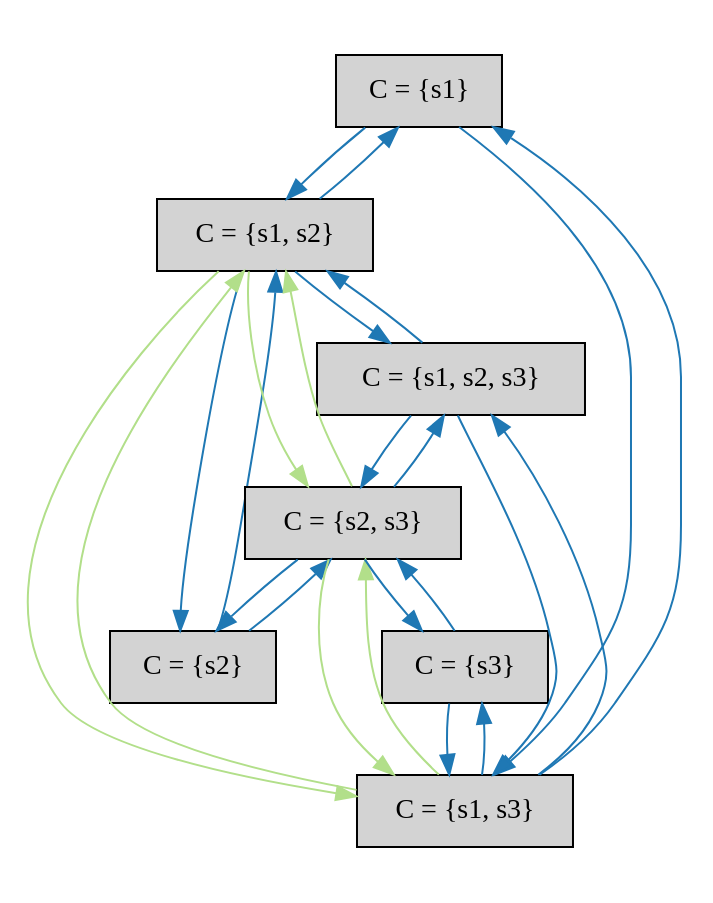
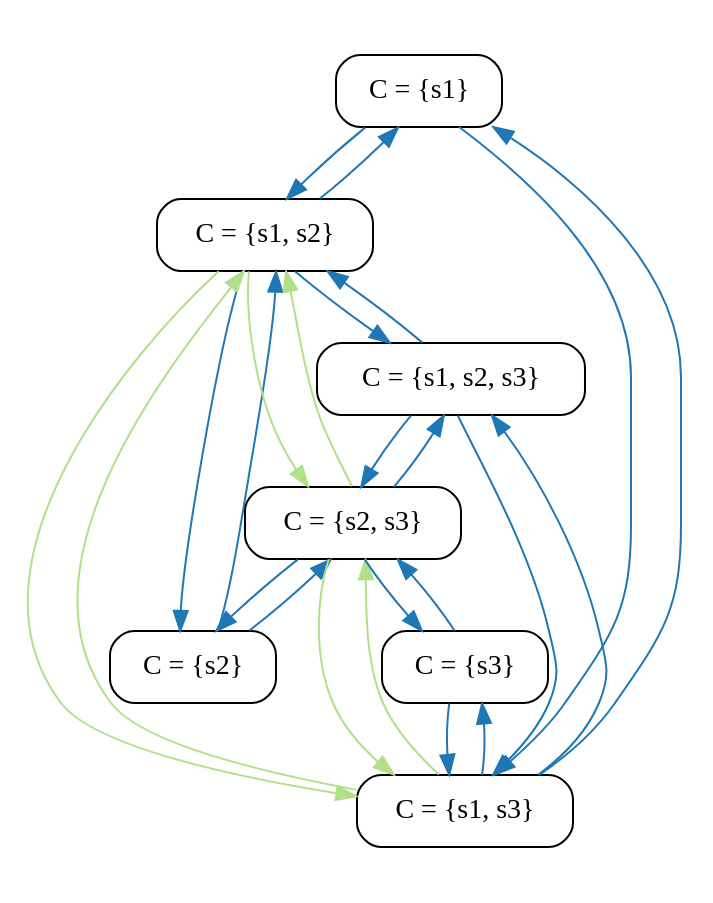
Before and after one commit to will62794/logless-reconfig: the diagram in notes/raft_reconfig_bug/quorums_n3.dot, drawn with Graphviz. The commit also changed 12 other files, not shown here.

Commit message:
update diagrams

```diff
--- a/notes/raft_reconfig_bug/quorums_n3.dot
+++ b/notes/raft_reconfig_bug/quorums_n3.dot
@@ -1,44 +1,44 @@
 strict digraph DiskGraph {
 node [shape=box,style=rounded]
 edge [colorscheme="paired12"]
 nodesep=0.35;
 subgraph cluster_graph {
 color="white";
--5383757857011063074 [label="C = {s1}",style = filled]
--5772857100046094580 [label="C = {s2}",style = filled]
-784297762750493595 [label="C = {s3}",style = filled]
-4730743608674107824 [label="C = {s1, s2}",style = filled]
--1970842045120439001 [label="C = {s1, s3}",style = filled]
--6642718787332057227 [label="C = {s2, s3}",style = filled]
--7357280112008274352 [label="C = {s1, s2, s3}",style = filled]
--5383757857011063074 -> 4730743608674107824 [label="",color="2",fontcolor="2"];
--5383757857011063074 -> -1970842045120439001 [label="",color="2",fontcolor="2"];
--5772857100046094580 -> 4730743608674107824 [label="",color="2",fontcolor="2"];
--5772857100046094580 -> -6642718787332057227 [label="",color="2",fontcolor="2"];
-784297762750493595 -> -1970842045120439001 [label="",color="2",fontcolor="2"];
-784297762750493595 -> -6642718787332057227 [label="",color="2",fontcolor="2"];
-4730743608674107824 -> -5772857100046094580 [label="",color="2",fontcolor="2"];
-4730743608674107824 -> -5383757857011063074 [label="",color="2",fontcolor="2"];
-4730743608674107824 -> -7357280112008274352 [label="",color="2",fontcolor="2"];
-4730743608674107824 -> -1970842045120439001 [label="",color="3",fontcolor="3"];
-4730743608674107824 -> -6642718787332057227 [label="",color="3",fontcolor="3"];
--1970842045120439001 -> 784297762750493595 [label="",color="2",fontcolor="2"];
--1970842045120439001 -> -7357280112008274352 [label="",color="2",fontcolor="2"];
--1970842045120439001 -> -5383757857011063074 [label="",color="2",fontcolor="2"];
--1970842045120439001 -> 4730743608674107824 [label="",color="3",fontcolor="3"];
--1970842045120439001 -> -6642718787332057227 [label="",color="3",fontcolor="3"];
--6642718787332057227 -> -7357280112008274352 [label="",color="2",fontcolor="2"];
--6642718787332057227 -> 784297762750493595 [label="",color="2",fontcolor="2"];
--6642718787332057227 -> -5772857100046094580 [label="",color="2",fontcolor="2"];
--6642718787332057227 -> 4730743608674107824 [label="",color="3",fontcolor="3"];
--6642718787332057227 -> -1970842045120439001 [label="",color="3",fontcolor="3"];
--7357280112008274352 -> -6642718787332057227 [label="",color="2",fontcolor="2"];
--7357280112008274352 -> -1970842045120439001 [label="",color="2",fontcolor="2"];
--7357280112008274352 -> 4730743608674107824 [label="",color="2",fontcolor="2"];
+8976523100153612697 [label="C = {s1}"]
+-2884493421691782242 [label="C = {s2}"]
+-5683211875114964381 [label="C = {s3}"]
+-423032600234771219 [label="C = {s1, s2}"]
+-7135950884445803248 [label="C = {s1, s3}"]
+4416802450426121828 [label="C = {s2, s3}"]
+-230667724244407064 [label="C = {s1, s2, s3}"]
+8976523100153612697 -> -423032600234771219 [label="",color="2",fontcolor="2"];
+8976523100153612697 -> -7135950884445803248 [label="",color="2",fontcolor="2"];
+-2884493421691782242 -> -423032600234771219 [label="",color="2",fontcolor="2"];
+-2884493421691782242 -> 4416802450426121828 [label="",color="2",fontcolor="2"];
+-5683211875114964381 -> -7135950884445803248 [label="",color="2",fontcolor="2"];
+-5683211875114964381 -> 4416802450426121828 [label="",color="2",fontcolor="2"];
+-423032600234771219 -> -2884493421691782242 [label="",color="2",fontcolor="2"];
+-423032600234771219 -> 8976523100153612697 [label="",color="2",fontcolor="2"];
+-423032600234771219 -> -230667724244407064 [label="",color="2",fontcolor="2"];
+-423032600234771219 -> -7135950884445803248 [label="",color="3",fontcolor="3"];
+-423032600234771219 -> 4416802450426121828 [label="",color="3",fontcolor="3"];
+-7135950884445803248 -> -5683211875114964381 [label="",color="2",fontcolor="2"];
+-7135950884445803248 -> -230667724244407064 [label="",color="2",fontcolor="2"];
+-7135950884445803248 -> 8976523100153612697 [label="",color="2",fontcolor="2"];
+-7135950884445803248 -> -423032600234771219 [label="",color="3",fontcolor="3"];
+-7135950884445803248 -> 4416802450426121828 [label="",color="3",fontcolor="3"];
+4416802450426121828 -> -230667724244407064 [label="",color="2",fontcolor="2"];
+4416802450426121828 -> -5683211875114964381 [label="",color="2",fontcolor="2"];
+4416802450426121828 -> -2884493421691782242 [label="",color="2",fontcolor="2"];
+4416802450426121828 -> -423032600234771219 [label="",color="3",fontcolor="3"];
+4416802450426121828 -> -7135950884445803248 [label="",color="3",fontcolor="3"];
+-230667724244407064 -> 4416802450426121828 [label="",color="2",fontcolor="2"];
+-230667724244407064 -> -7135950884445803248 [label="",color="2",fontcolor="2"];
+-230667724244407064 -> -423032600234771219 [label="",color="2",fontcolor="2"];
 
 }
 subgraph cluster_legend {graph[style=bold];label = "Next State Actions" style="solid"
 node [ labeljust="l",colorscheme="paired12",style=filled,shape=record ]
 
 
 }}
```
